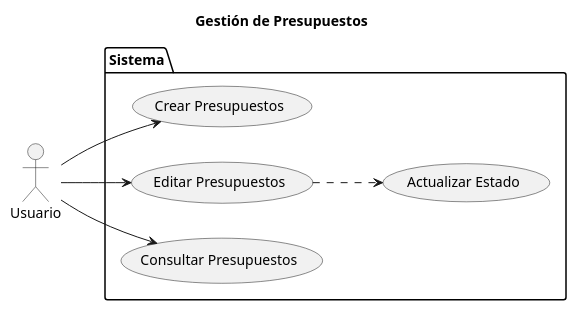
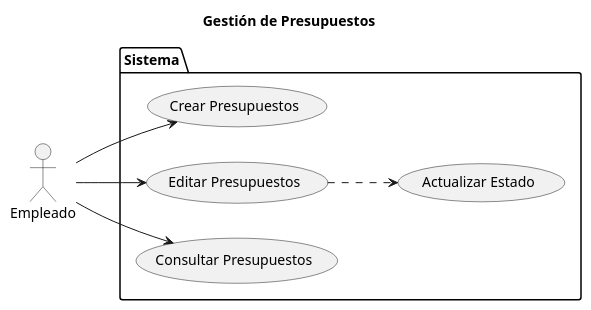
One commit to marcelolezcanodev/GarageGuru changed the diagram in Diagramas/caso_de_uso_Presupuesto.plantuml. Above: the diagram before and after it, drawn with PlantUML. The commit also changed 1 other file, not shown here.

Commit message:
cambiar actor de usuario a empleado

```diff
--- a/Diagramas/caso_de_uso_Presupuesto.plantuml
+++ b/Diagramas/caso_de_uso_Presupuesto.plantuml
@@ -1,23 +1,23 @@
-@startuml usuario
+@startuml caso_de_uso_presupuesto
 
 left to right direction
 
 title Gestión de Presupuestos
 
-actor Usuario as User
+actor Empleado as User
 
 package Sistema {
 
     USECASE "Crear Presupuestos" as UC_Registrar
     USECASE "Editar Presupuestos" as UC_Editar
     USECASE "Consultar Presupuestos" as UC_Consultar
     USECASE "Actualizar Estado" as UC_Editar_Estado
 
 }
 
 User --> UC_Registrar
 User --> UC_Editar
 User --> UC_Consultar
 UC_Editar ..> UC_Editar_Estado
 
 @enduml
```
